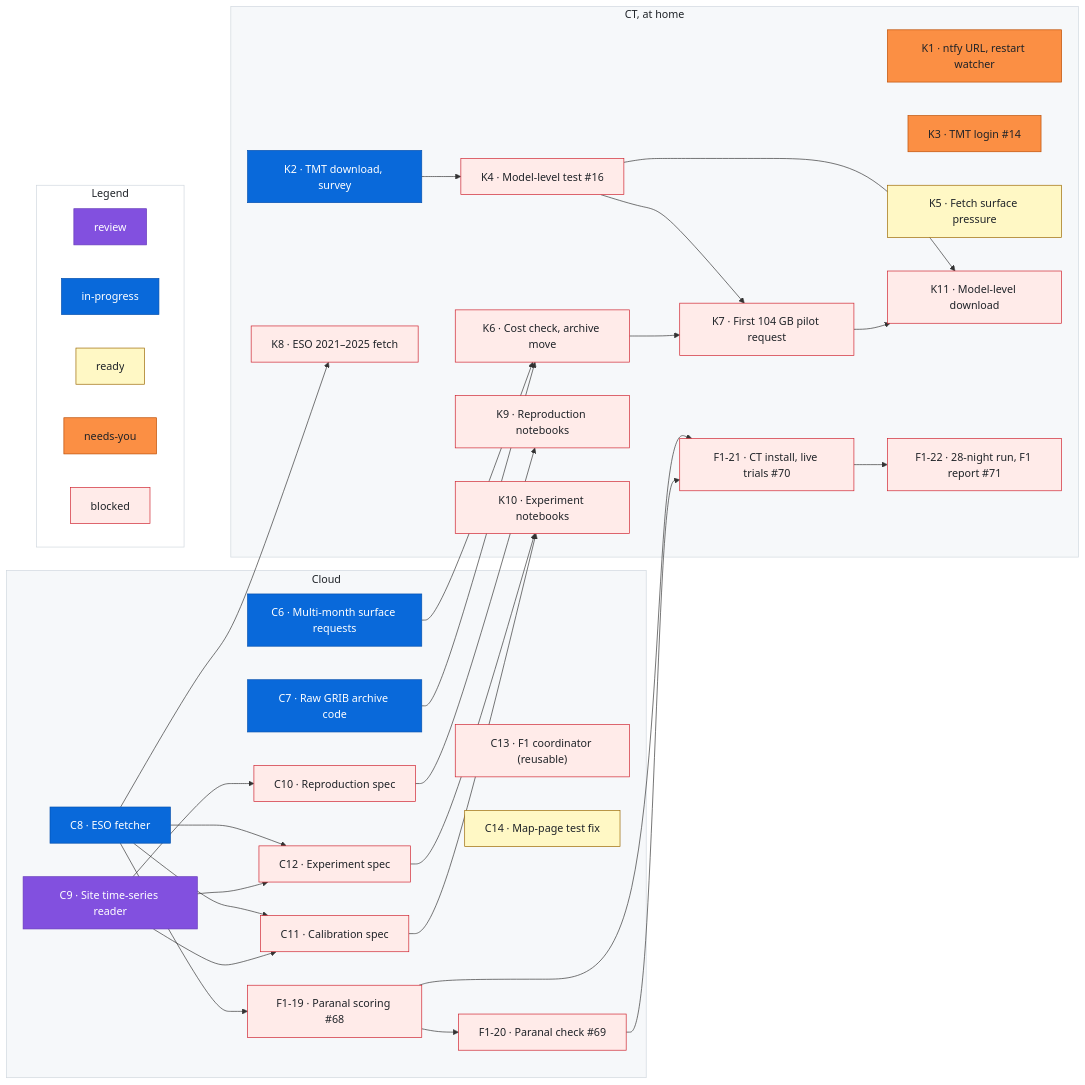
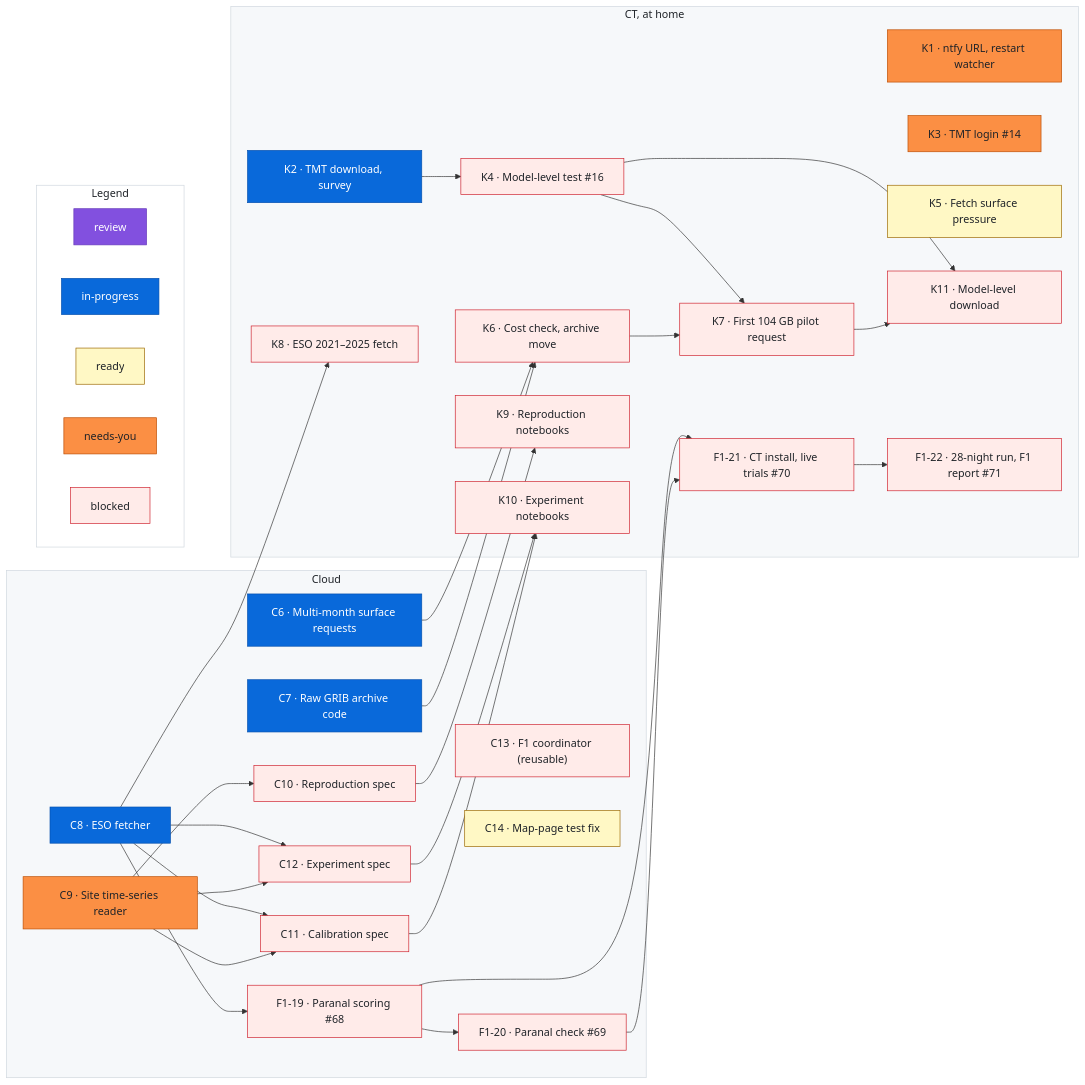
The diagram in docs/roadmap.md (rrweller/Astro-seeing), drawn with Mermaid before and after one commit. The commit also changed other lines of this file, not shown here.

Commit message:
roadmap: C9 review → needs-you
Claude-Session: https://claude.ai/code/session_01ECS9raEbMF88JmjZku4M7c

```diff
--- a/docs/roadmap.md
+++ b/docs/roadmap.md
@@ -142,7 +142,7 @@
   %% ---
   class C8 inprogress
   %% ---
-  class C9 review
+  class C9 needsyou
   %% ---
   class C10 blocked
   %% ---
```
